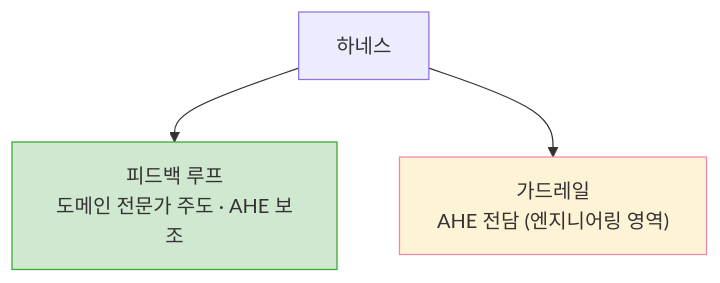
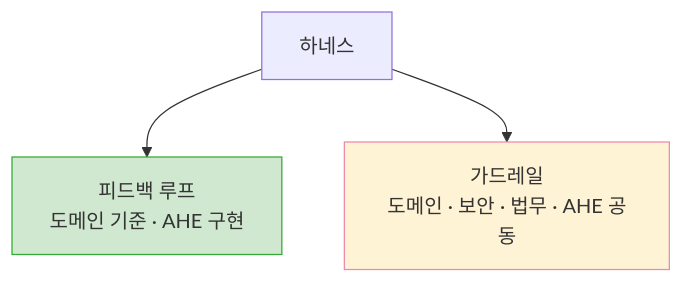
Before and after one commit to haandol/haandol.github.com: the second of 3 diagrams in _posts/2026-06-15-organizational-ai-adoption-3s.md, drawn with Mermaid. The commit also changed other lines of this file and 1 other file, not shown here.

````diff
--- a/_posts/2026-06-15-organizational-ai-adoption-3s.md
+++ b/_posts/2026-06-15-organizational-ai-adoption-3s.md
@@ -165,10 +184,10 @@
 ```mermaid
 flowchart TB
     H["하네스"]
-    H --> FL["피드백 루프<br/>도메인 전문가 주도 · AHE 보조"]
-    H --> GR["가드레일<br/>AHE 전담 (엔지니어링 영역)"]
+    H --> FL["피드백 루프<br/>도메인 기준 · AHE 구현"]
+    H --> GR["가드레일<br/>도메인 · 보안 · 법무 · AHE 공동"]
     classDef d fill:#cfe8cf,stroke:#3a3;
     classDef a fill:#fff3d6,stroke:#e8a;
     class FL d;
     class GR a;
 ```
````
